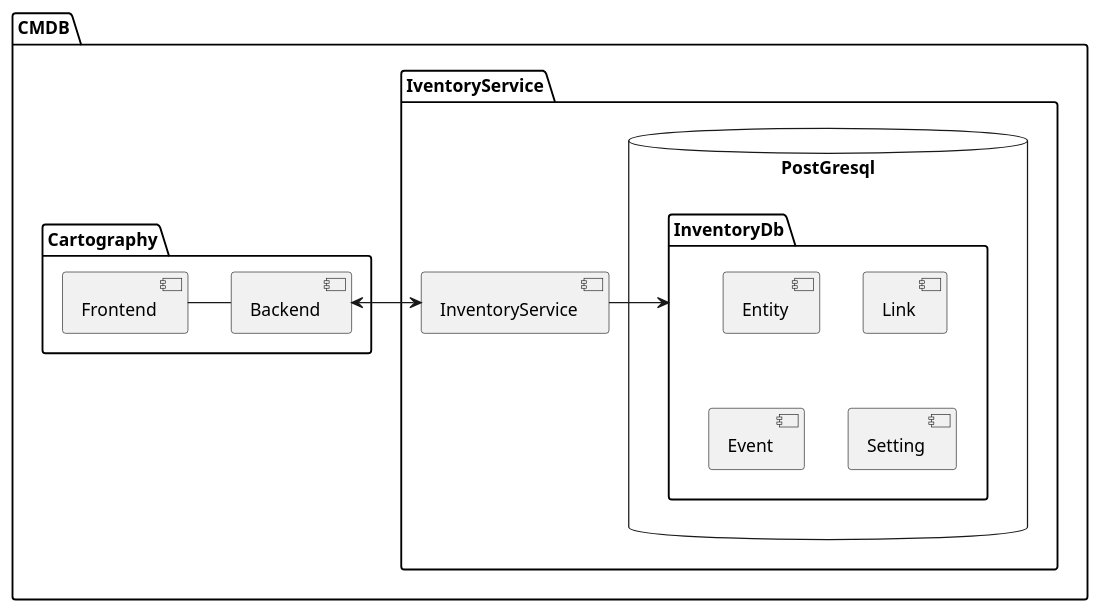
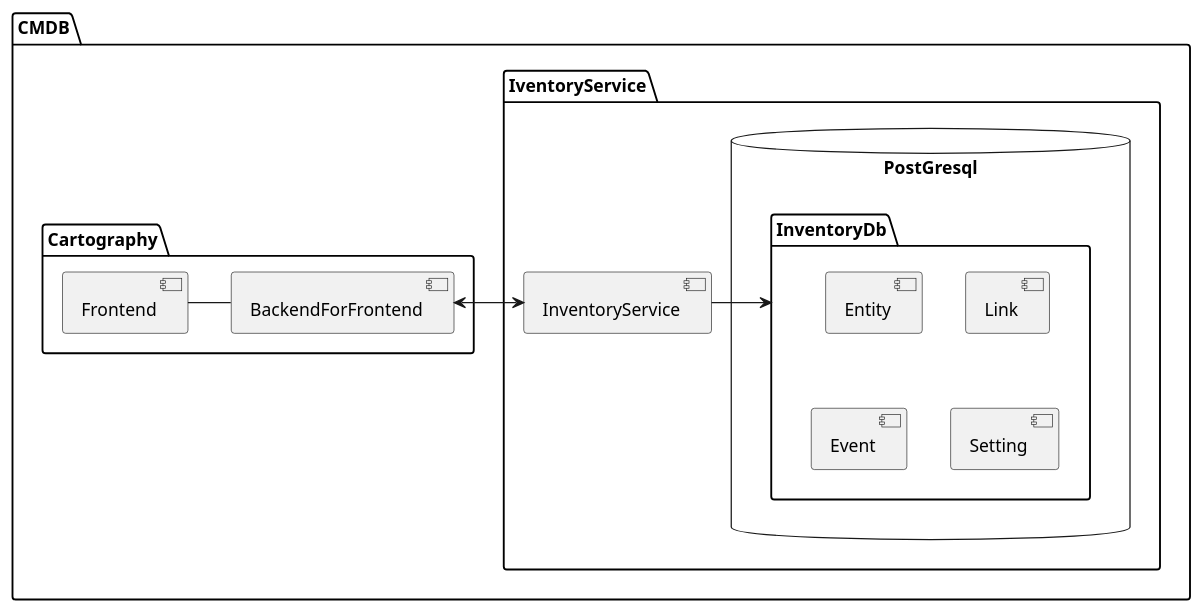
One commit to Haingue/cmdb changed the first of 2 diagrams in adr/Architecture.md. Above: the diagram before and after it, drawn with PlantUML. The commit also changed other lines of this file and 196 other files, not shown here.

````diff
--- a/adr/Architecture.md
+++ b/adr/Architecture.md
@@ -5,28 +5,28 @@
 ```plantuml
 @startuml
 
 package CMDB {
   package IventoryService {
     database "PostGresql" {
       folder "InventoryDb" as db {
         [Entity]
         [Link]
         [Event]
         [Setting]
       }
     }
 
     [InventoryService] as inventoryservice
     inventoryservice -> db
   }
 
   package Cartography {
-    [Backend] as cartographybackend
+    [BackendForFrontend] as cartographybff
     [Frontend] as cartographyfrontend
-    cartographyfrontend - cartographybackend
+    cartographyfrontend - cartographybff
   }
-  cartographybackend <-> inventoryservice
+  cartographybff <-> inventoryservice
 }
 
 @enduml
 ```
````
